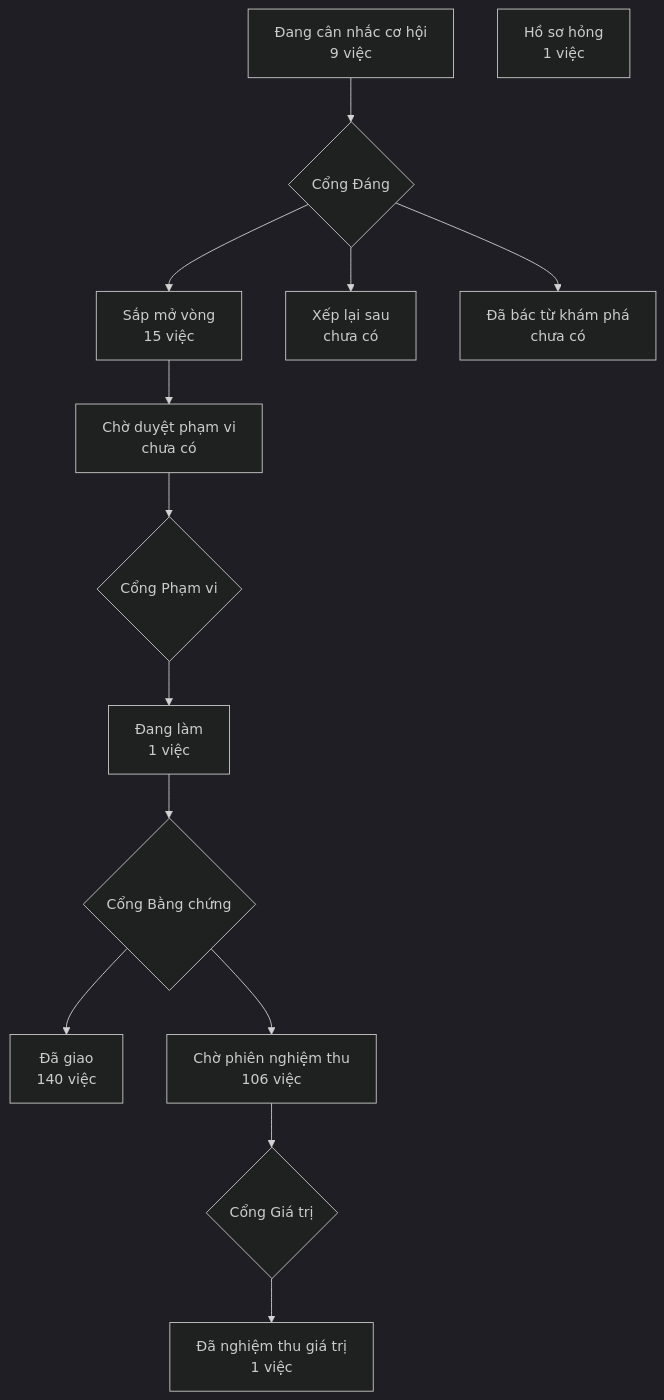
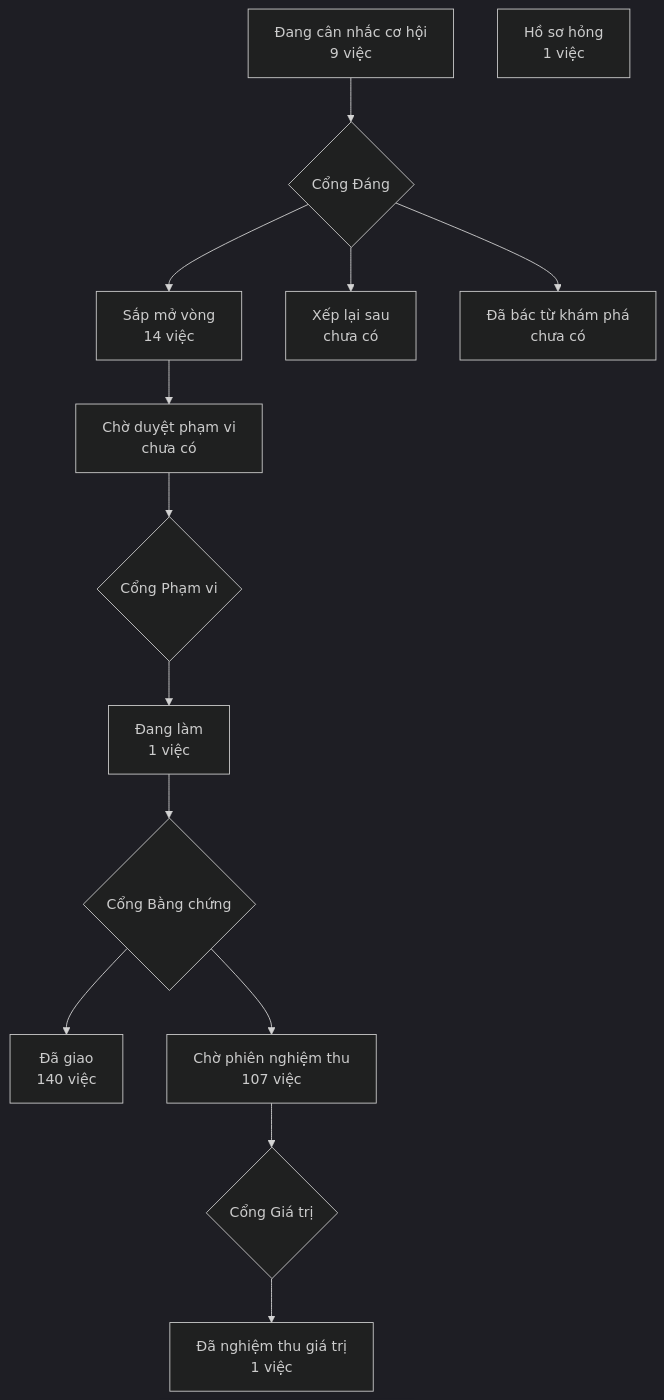
The diagram in PRODUCT-MAP.md (phanlemanh/crm-onehub), drawn with Mermaid (dark theme) before and after one commit. The commit also changed 1 other file, not shown here.

Commit message:
chore: vẽ lại bản đồ sản phẩm trên bản sạch sau gộp onehub 1997da85b (lô 06:00Z)

````diff
--- a/PRODUCT-MAP.md
+++ b/PRODUCT-MAP.md
@@ -7,13 +7,13 @@
 ```mermaid
 flowchart TD
   A["Đang cân nhắc cơ hội<br/>9 việc"] --> GD{"Cổng Đáng"}
-  GD --> B["Sắp mở vòng<br/>15 việc"]
+  GD --> B["Sắp mở vòng<br/>14 việc"]
   GD --> XL["Xếp lại sau<br/>chưa có"]
   GD --> DB["Đã bác từ khám phá<br/>chưa có"]
   B --> CD["Chờ duyệt phạm vi<br/>chưa có"] --> GP{"Cổng Phạm vi"}
   GP --> DL["Đang làm<br/>1 việc"] --> GB{"Cổng Bằng chứng"}
   GB --> DG["Đã giao<br/>140 việc"]
-  GB --> CN["Chờ phiên nghiệm thu<br/>106 việc"] --> GG{"Cổng Giá trị"}
+  GB --> CN["Chờ phiên nghiệm thu<br/>107 việc"] --> GG{"Cổng Giá trị"}
   GG --> NT["Đã nghiệm thu giá trị<br/>1 việc"]
   HS["Hồ sơ hỏng<br/>1 việc"]
 ```
````
